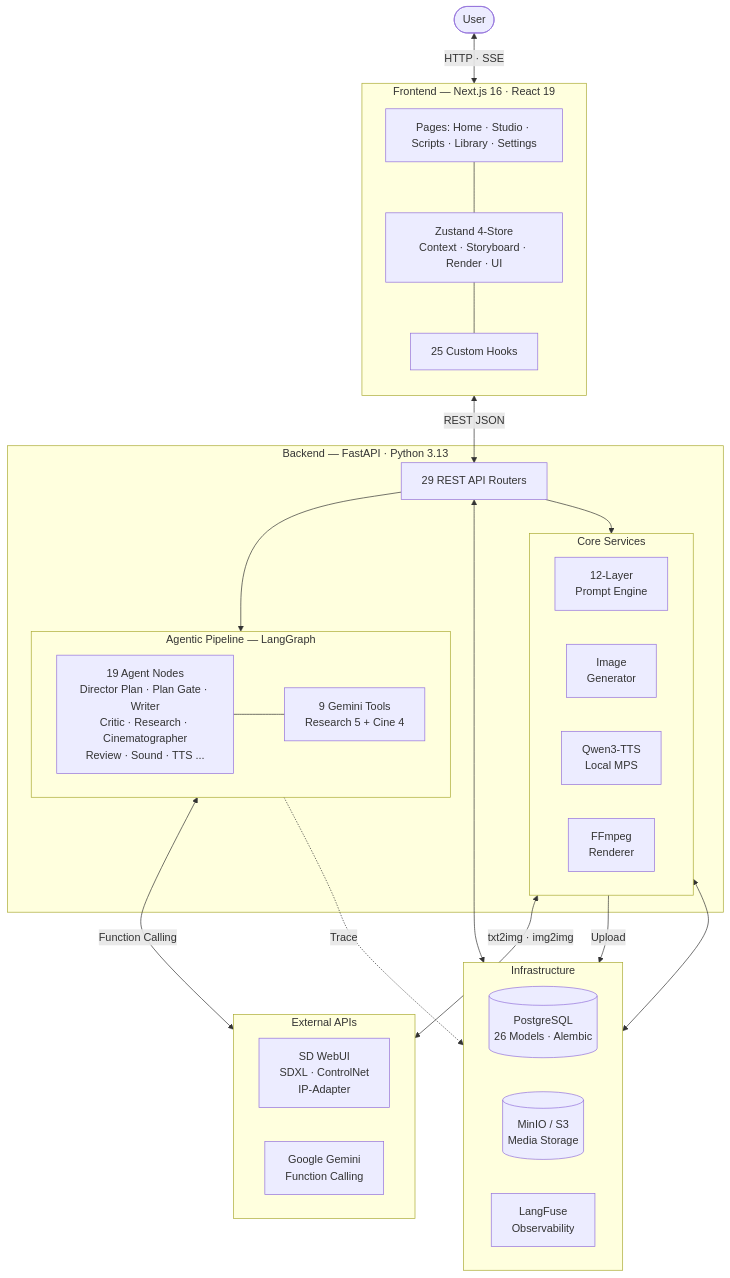
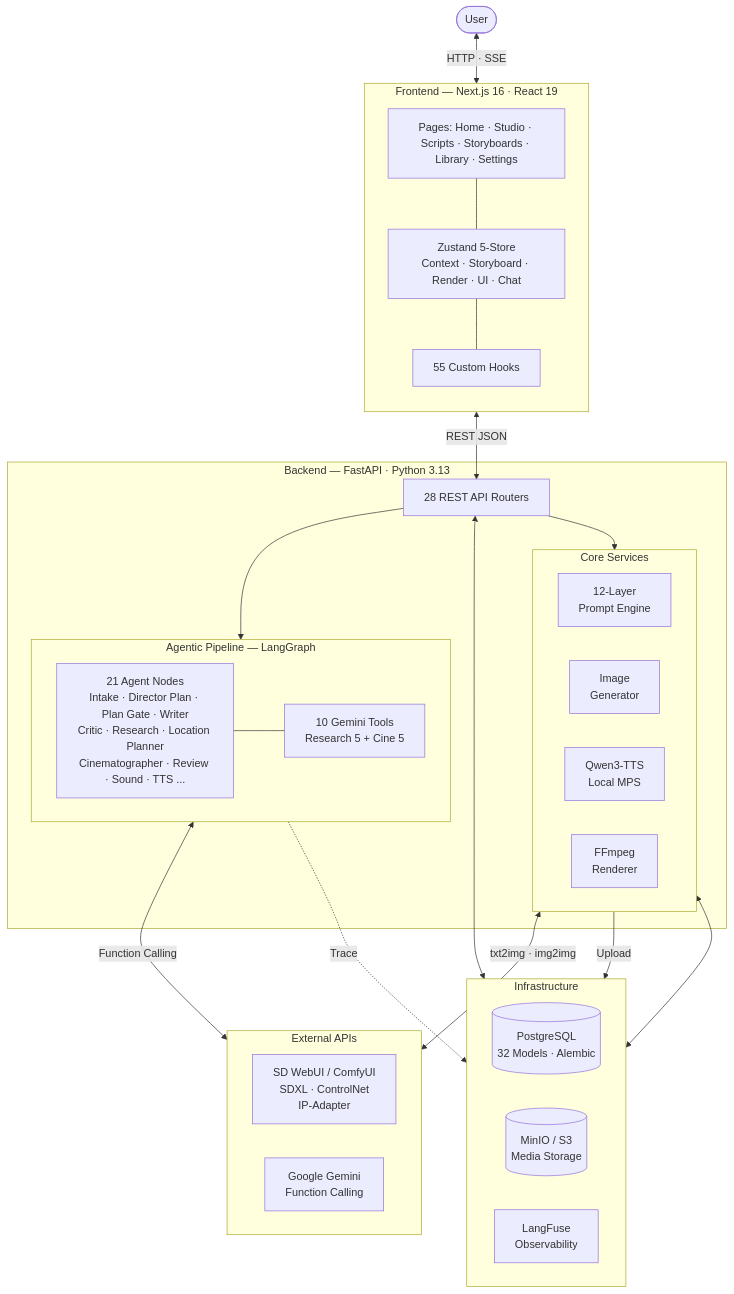
The first of 2 diagrams in README.md (tomo-playground/sdd-orchestrator), drawn with Mermaid before and after one commit. The commit also changed other lines of this file, not shown here.

````diff
--- a/README.md
+++ b/README.md
@@ -9,57 +9,57 @@
 ```mermaid
 graph TB
     User([User])
 
     subgraph Frontend ["Frontend — Next.js 16 · React 19"]
         direction TB
-        Pages["Pages: Home · Studio · Scripts · Library · Settings"]
-        Store["Zustand 4-Store<br/>Context · Storyboard · Render · UI"]
-        Hooks["25 Custom Hooks"]
+        Pages["Pages: Home · Studio · Scripts · Storyboards · Library · Settings"]
+        Store["Zustand 5-Store<br/>Context · Storyboard · Render · UI · Chat"]
+        Hooks["55 Custom Hooks"]
         Pages --- Store --- Hooks
     end
 
     subgraph Backend ["Backend — FastAPI · Python 3.13"]
-        API["29 REST API Routers"]
+        API["28 REST API Routers"]
 
         subgraph Pipeline ["Agentic Pipeline — LangGraph"]
             direction LR
-            Nodes["19 Agent Nodes<br/>Director Plan · Plan Gate · Writer<br/>Critic · Research · Cinematographer<br/>Review · Sound · TTS ..."]
-            Tools["9 Gemini Tools<br/>Research 5 + Cine 4"]
+            Nodes["21 Agent Nodes<br/>Intake · Director Plan · Plan Gate · Writer<br/>Critic · Research · Location Planner<br/>Cinematographer · Review · Sound · TTS ..."]
+            Tools["10 Gemini Tools<br/>Research 5 + Cine 5"]
             Nodes --- Tools
         end
 
         subgraph Services ["Core Services"]
             direction LR
             Prompt["12-Layer<br/>Prompt Engine"]
             ImgGen["Image<br/>Generator"]
             TTS["Qwen3-TTS<br/>Local MPS"]
             Render["FFmpeg<br/>Renderer"]
         end
 
         API --> Pipeline
         API --> Services
     end
 
     subgraph Infra ["Infrastructure"]
         direction LR
-        DB[("PostgreSQL<br/>26 Models · Alembic")]
+        DB[("PostgreSQL<br/>32 Models · Alembic")]
         S3[("MinIO / S3<br/>Media Storage")]
         LangFuse["LangFuse<br/>Observability"]
     end
 
     subgraph External ["External APIs"]
         direction LR
-        SD["SD WebUI<br/>SDXL · ControlNet<br/>IP-Adapter"]
+        SD["SD WebUI / ComfyUI<br/>SDXL · ControlNet<br/>IP-Adapter"]
         Gemini["Google Gemini<br/>Function Calling"]
     end
 
     User <-->|"HTTP · SSE"| Frontend
     Frontend <-->|"REST JSON"| API
 
     Pipeline <-->|"Function Calling"| Gemini
     ImgGen <-->|"txt2img · img2img"| SD
     Render -->|"Upload"| S3
     Pipeline -.->|"Trace"| LangFuse
     API <--> DB
     Services <--> DB
 ```
````
